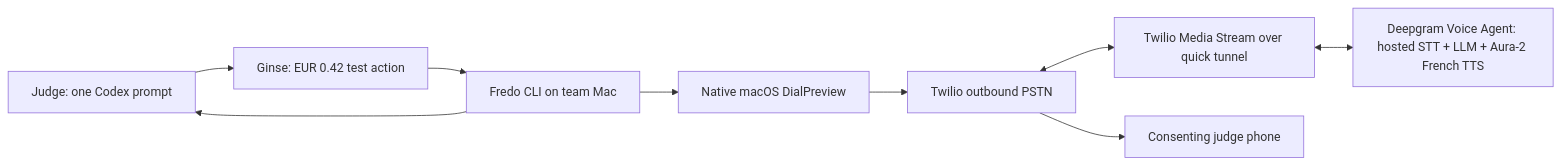
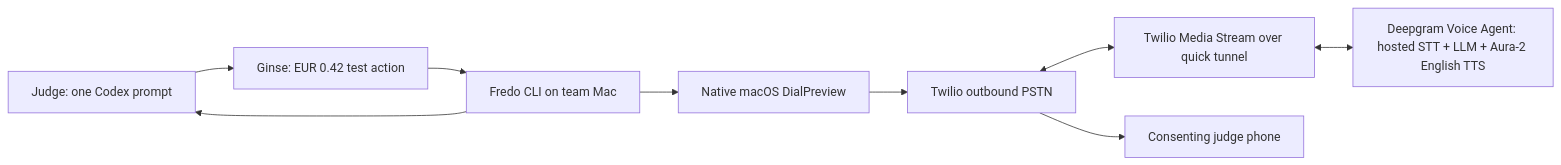
One commit to Caezarr/42hackathon changed the diagram in README.md. Above: the diagram before and after it, drawn with Mermaid. The commit also changed other lines of this file and 11 other files, not shown here.

Commit message:
Adapt jury flow for English calls

````diff
--- a/README.md
+++ b/README.md
@@ -24,11 +24,11 @@
 ```mermaid
 flowchart LR
     J["Judge: one Codex prompt"] --> G["Ginse: EUR 0.42 test action"]
     G --> C["Fredo CLI on team Mac"]
     C --> U["Native macOS DialPreview"]
     U --> T["Twilio outbound PSTN"]
     T <--> W["Twilio Media Stream over quick tunnel"]
-    W <--> D["Deepgram Voice Agent: hosted STT + LLM + Aura-2 French TTS"]
+    W <--> D["Deepgram Voice Agent: hosted STT + LLM + Aura-2 English TTS"]
     T --> P["Consenting judge phone"]
     C --> J
 ```
````
